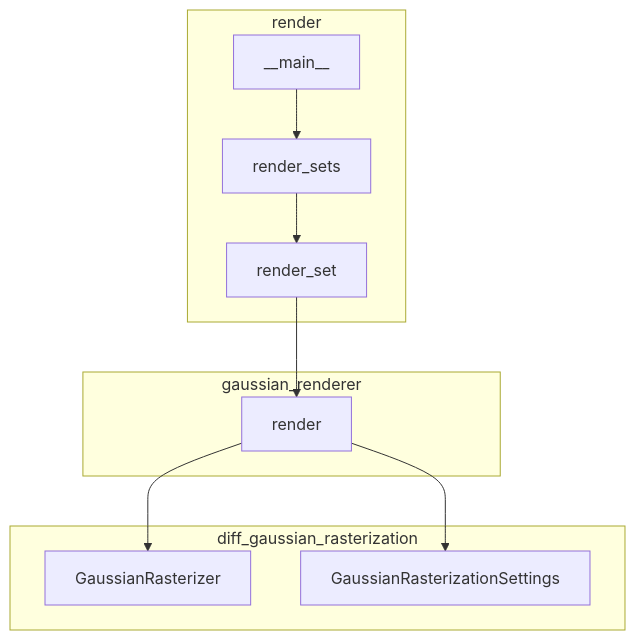
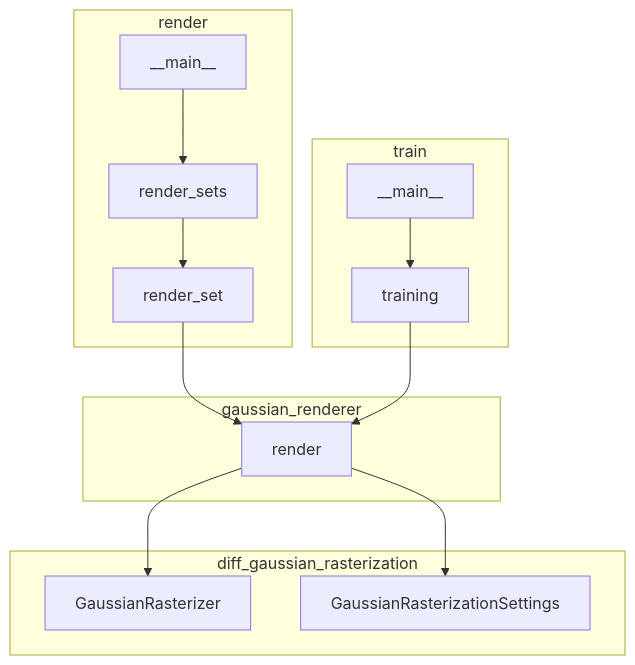
One commit to AsherJingkongChen/3DGS changed the first of 2 diagrams in docs/implementation/original-reference.orig.md. Above: the diagram before and after it, drawn with Mermaid. The commit also changed other lines of this file and 3 other files, not shown here.

````diff
--- a/docs/implementation/original-reference.orig.md
+++ b/docs/implementation/original-reference.orig.md
@@ -38,21 +38,27 @@
 ```mermaid
 graph TD
   subgraph diff_gaussian_rasterization
     GaussianRasterizer
     GaussianRasterizationSettings
   end
   subgraph gaussian_renderer
     render_function[render]
   end
   subgraph render
     render_set
     render_sets
-    __main__
+    render_main[__main__]
+  end
+  subgraph train
+    training
+    train_main[__main__]
   end
 
   render_function --> GaussianRasterizer
   render_function --> GaussianRasterizationSettings
   render_set --> render_function
   render_sets --> render_set
-  __main__ --> render_sets
+  render_main --> render_sets
+  training --> render_function
+  train_main --> training
 ```
````
